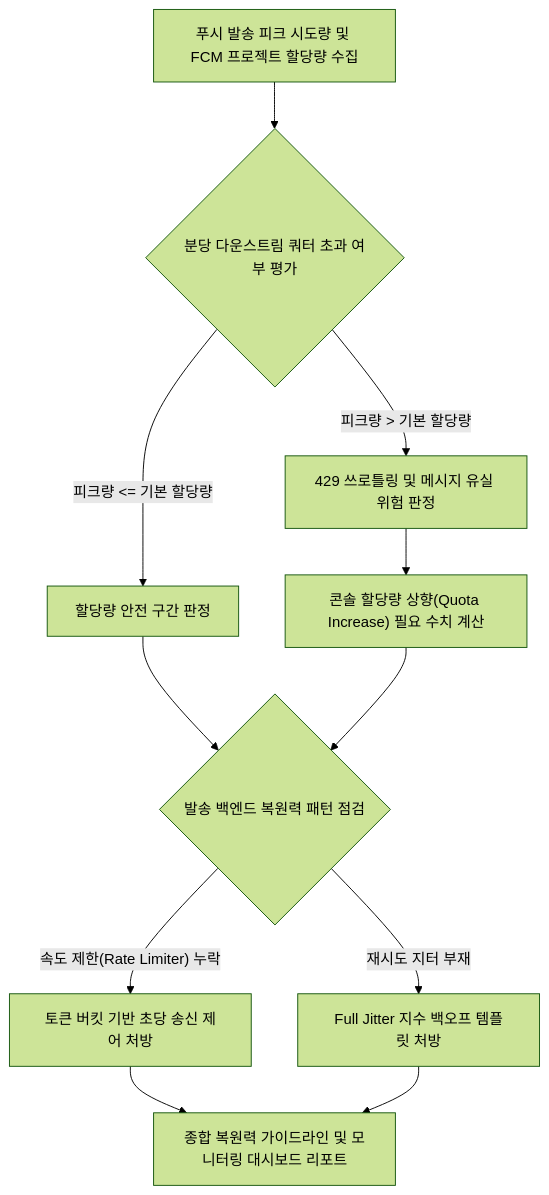
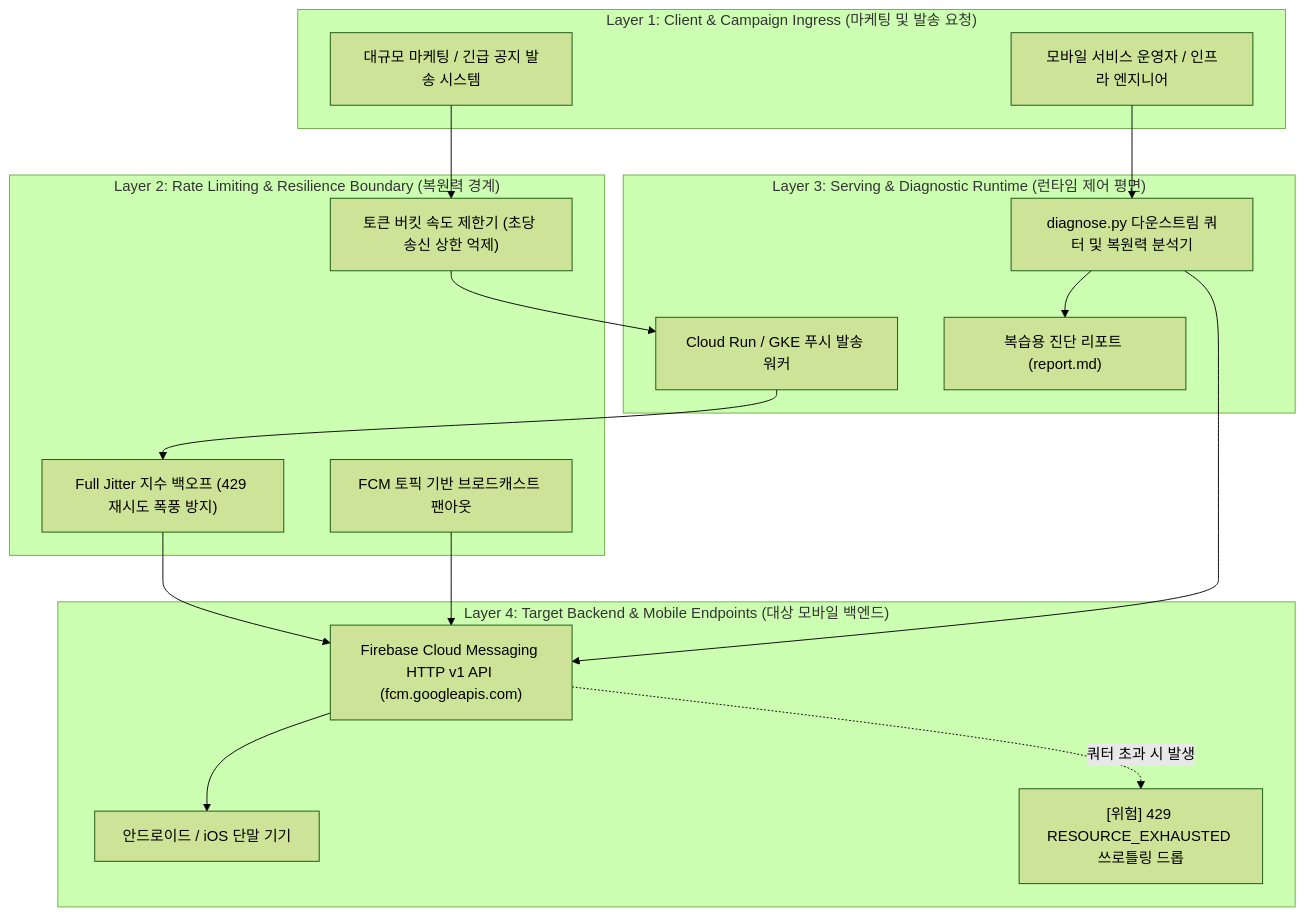
One commit to jiangjun-forge/google-cloud-0-to-1 changed the diagram in samples/fcm-push-quota-guard/README.md. Above: the diagram before and after it, drawn with Mermaid (forest theme). The commit also changed other lines of this file and 94 other files, not shown here.

Commit message:
Standardize architecture specifications

````diff
--- a/samples/fcm-push-quota-guard/README.md
+++ b/samples/fcm-push-quota-guard/README.md
@@ -75,13 +75,36 @@
 ```mermaid
 flowchart TD
-    A["푸시 발송 피크 시도량 및 FCM 프로젝트 할당량 수집"] --> B{"분당 다운스트림 쿼터 초과 여부 평가"}
-    B -- "피크량 > 기본 할당량" --> C["429 쓰로틀링 및 메시지 유실 위험 판정"]
-    B -- "피크량 <= 기본 할당량" --> D["할당량 안전 구간 판정"]
-    C --> E["콘솔 할당량 상향(Quota Increase) 필요 수치 계산"]
-    D --> F{"발송 백엔드 복원력 패턴 점검"}
-    E --> F
-    F -- "속도 제한(Rate Limiter) 누락" --> G["토큰 버킷 기반 초당 송신 제어 처방"]
-    F -- "재시도 지터 부재" --> H["Full Jitter 지수 백오프 템플릿 처방"]
-    G --> I["종합 복원력 가이드라인 및 모니터링 대시보드 리포트"]
-    H --> I
+    subgraph Layer1["Layer 1: Client & Campaign Ingress (마케팅 및 발송 요청)"]
+        MarketingCampaign["대규모 마케팅 / 긴급 공지 발송 시스템"]
+        PushOperator["모바일 서비스 운영자 / 인프라 엔지니어"]
+    end
+
+    subgraph Layer2["Layer 2: Rate Limiting & Resilience Boundary (복원력 경계)"]
+        TokenBucket["토큰 버킷 속도 제한기 (초당 송신 상한 억제)"]
+        ExponentialJitter["Full Jitter 지수 백오프 (429 재시도 폭풍 방지)"]
+        TopicFanout["FCM 토픽 기반 브로드캐스트 팬아웃"]
+    end
+
+    subgraph Layer3["Layer 3: Serving & Diagnostic Runtime (런타임 제어 평면)"]
+        PushWorkers["Cloud Run / GKE 푸시 발송 워커"]
+        QuotaGuardCLI["diagnose.py 다운스트림 쿼터 및 복원력 분석기"]
+        ReportOutput["복습용 진단 리포트 (report.md)"]
+    end
+
+    subgraph Layer4["Layer 4: Target Backend & Mobile Endpoints (대상 모바일 백엔드)"]
+        FCMBackend["Firebase Cloud Messaging HTTP v1 API (fcm.googleapis.com)"]
+        MobileClients["안드로이드 / iOS 단말 기기"]
+        QuotaExhaustSink["[위험] 429 RESOURCE_EXHAUSTED 쓰로틀링 드롭"]
+    end
+
+    MarketingCampaign --> TokenBucket
+    TokenBucket --> PushWorkers
+    PushWorkers --> ExponentialJitter
+    ExponentialJitter --> FCMBackend
+    TopicFanout --> FCMBackend
+    FCMBackend --> MobileClients
+    FCMBackend -.->|"쿼터 초과 시 발생"| QuotaExhaustSink
+    PushOperator --> QuotaGuardCLI
+    QuotaGuardCLI --> FCMBackend
+    QuotaGuardCLI --> ReportOutput
 ```
````
